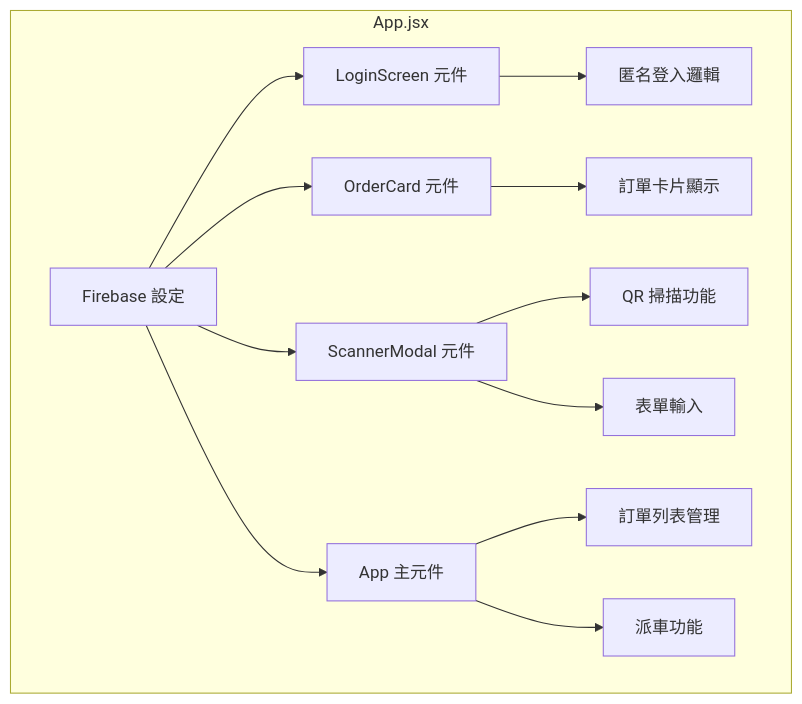
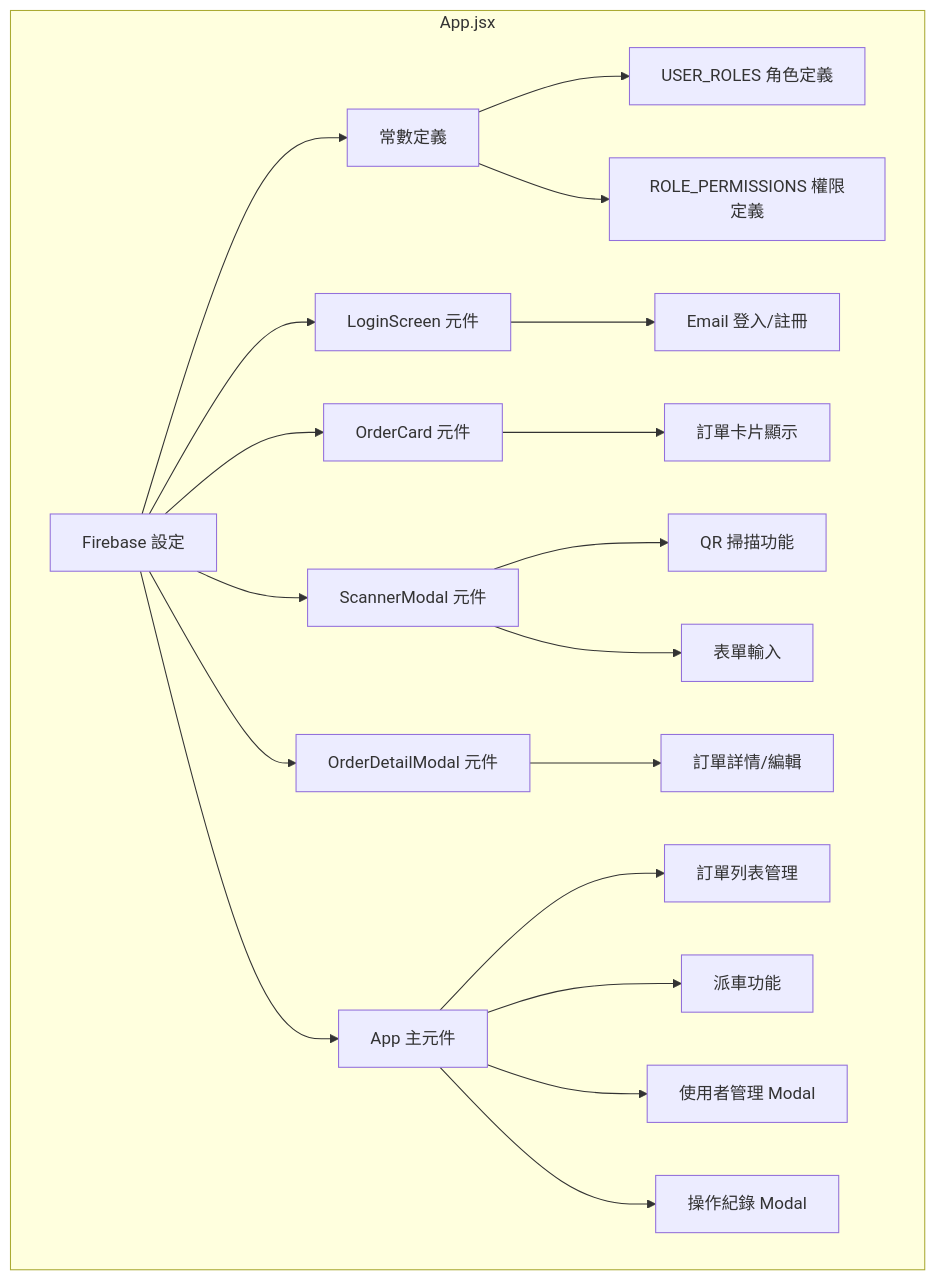
Before and after one commit to eric4577599/WH-QR-Code: the seventh of 11 diagrams in WH-QR-CODE開發設計.md, drawn with Mermaid. The commit also changed other lines of this file, not shown here.

````diff
--- a/WH-QR-CODE開發設計.md
+++ b/WH-QR-CODE開發設計.md
@@ -198,16 +216,24 @@
 ```mermaid
 flowchart TB
     subgraph App.jsx
-        A[Firebase 設定] --> B[LoginScreen 元件]
-        A --> C[OrderCard 元件]
-        A --> D[ScannerModal 元件]
-        A --> E[App 主元件]
+        A[Firebase 設定] --> B[常數定義]
+        B --> C[USER_ROLES 角色定義]
+        B --> D[ROLE_PERMISSIONS 權限定義]
 
-        B --> F[匿名登入邏輯]
-        C --> G[訂單卡片顯示]
-        D --> H[QR 掃描功能]
-        D --> I[表單輸入]
-        E --> J[訂單列表管理]
-        E --> K[派車功能]
+        A --> E[LoginScreen 元件]
+        A --> F[OrderCard 元件]
+        A --> G[ScannerModal 元件]
+        A --> H[OrderDetailModal 元件]
+        A --> I[App 主元件]
+
+        E --> J[Email 登入/註冊]
+        F --> K[訂單卡片顯示]
+        G --> L[QR 掃描功能]
+        G --> M[表單輸入]
+        H --> N[訂單詳情/編輯]
+        I --> O[訂單列表管理]
+        I --> P[派車功能]
+        I --> Q[使用者管理 Modal]
+        I --> R[操作紀錄 Modal]
     end
 ```
````
